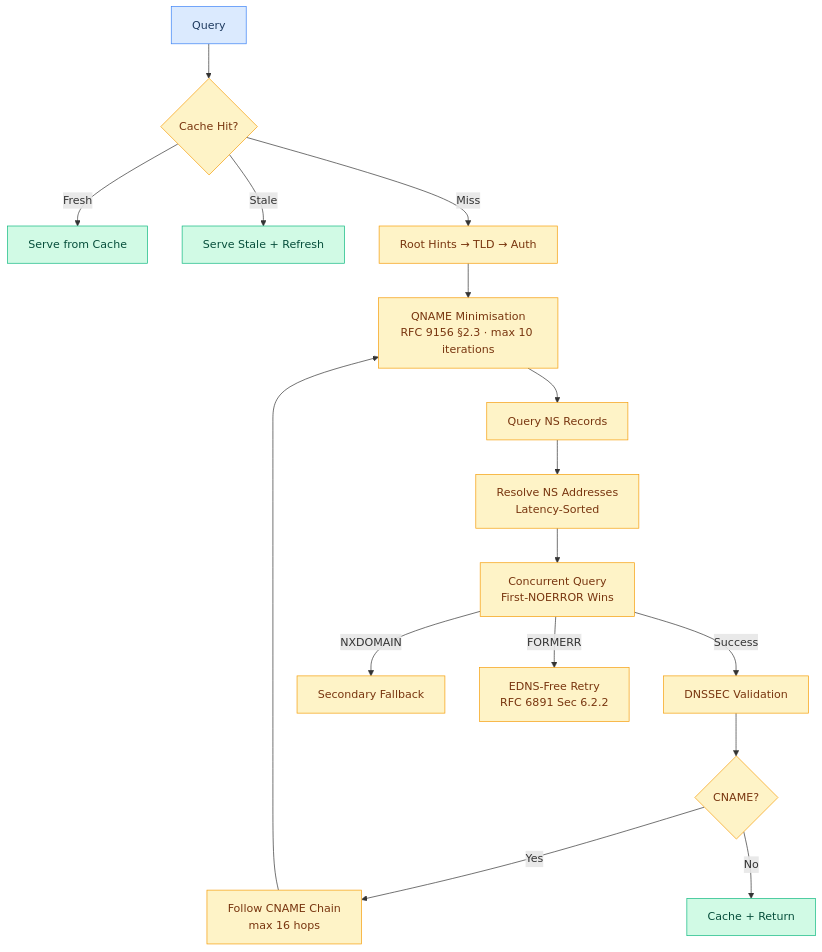
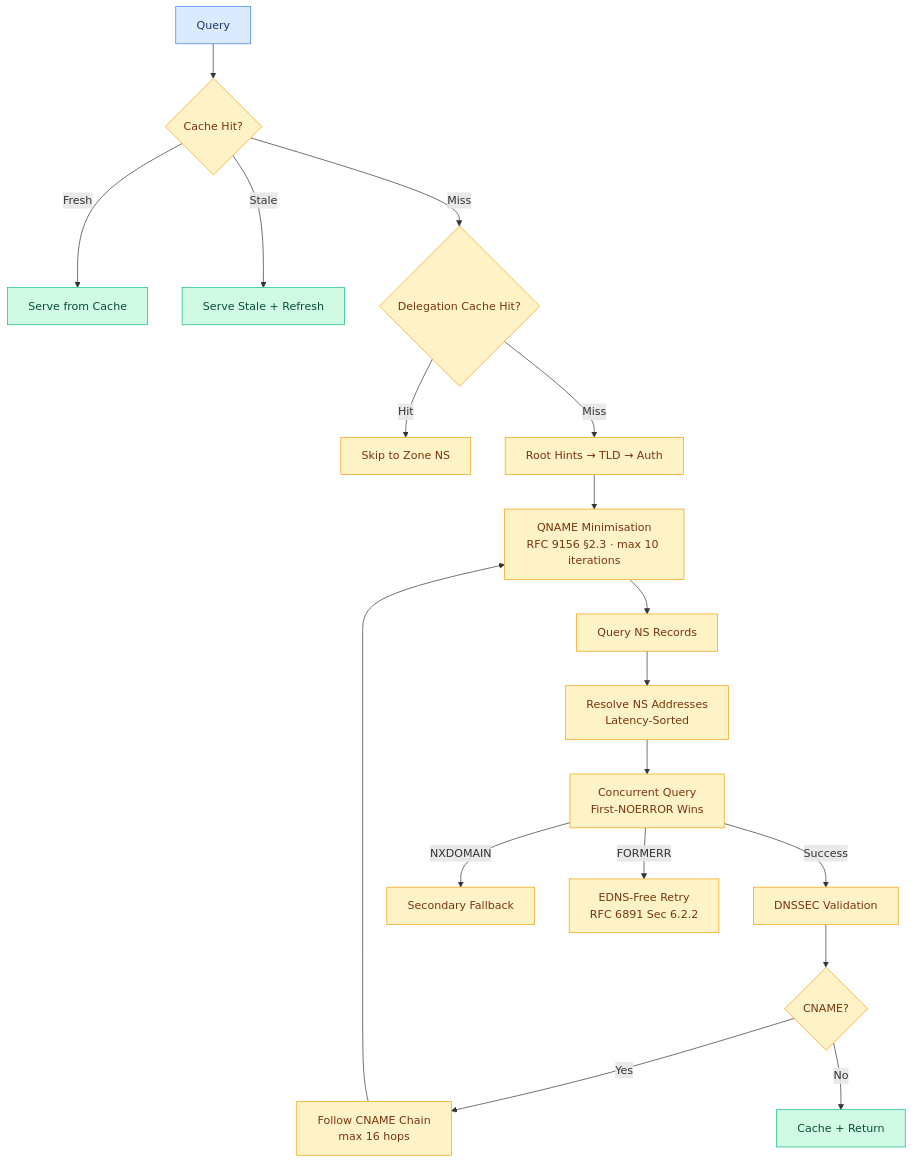
Before and after one commit to hezhijie0327/ZJDNS: the eighth of 29 diagrams in docs/FLOWCHARTS.md, drawn with Mermaid. The commit also changed other lines of this file and 16 other files, not shown here.

First line of the commit message:
feat: recursive delegation cache — skip walked zones on subsequent queries (v3.11.18)

````diff
--- a/docs/FLOWCHARTS.md
+++ b/docs/FLOWCHARTS.md
@@ -153,24 +146,26 @@
 ```mermaid
 graph TD
     Q[Query] --> CACHE{Cache Hit?}
     CACHE -->|Fresh| SERVE[Serve from Cache]
     CACHE -->|Stale| STALE[Serve Stale + Refresh]
-    CACHE -->|Miss| ROOT[Root Hints → TLD → Auth]
+    CACHE -->|Miss| DELCACHE{Delegation Cache Hit?}
+    DELCACHE -->|Hit| SKIPROOT[Skip to Zone NS]
+    DELCACHE -->|Miss| ROOT[Root Hints → TLD → Auth]
     ROOT --> QMIN[QNAME Minimisation<br/>RFC 9156 §2.3 · max 10 iterations]
     QMIN --> NS[Query NS Records]
     NS --> ADDR[Resolve NS Addresses<br/>Latency-Sorted]
     ADDR --> PROBE[Concurrent Query<br/>First-NOERROR Wins]
     PROBE -->|Success| VALIDATE[DNSSEC Validation]
     PROBE -->|NXDOMAIN| FALLBACK[Secondary Fallback]
     PROBE -->|FORMERR| RETRY[EDNS-Free Retry<br/>RFC 6891 Sec 6.2.2]
     VALIDATE --> CNAME{CNAME?}
     CNAME -->|Yes| FOLLOW[Follow CNAME Chain<br/>max 16 hops]
     FOLLOW --> QMIN
     CNAME -->|No| STORE[Cache + Return]
     classDef start fill:#dbeafe,stroke:#3b82f6,color:#1e3a5f
     classDef proc fill:#fef3c7,stroke:#f59e0b,color:#78350f
     classDef result fill:#d1fae5,stroke:#10b981,color:#064e3b
     class Q start
-    class CACHE,ROOT,QMIN,NS,ADDR,PROBE,VALIDATE,CNAME,FOLLOW,RETRY,FALLBACK proc
+    class CACHE,ROOT,QMIN,NS,ADDR,PROBE,VALIDATE,CNAME,FOLLOW,RETRY,FALLBACK,SKIPROOT,DELCACHE proc
     class SERVE,STALE,STORE result
 ```
````
